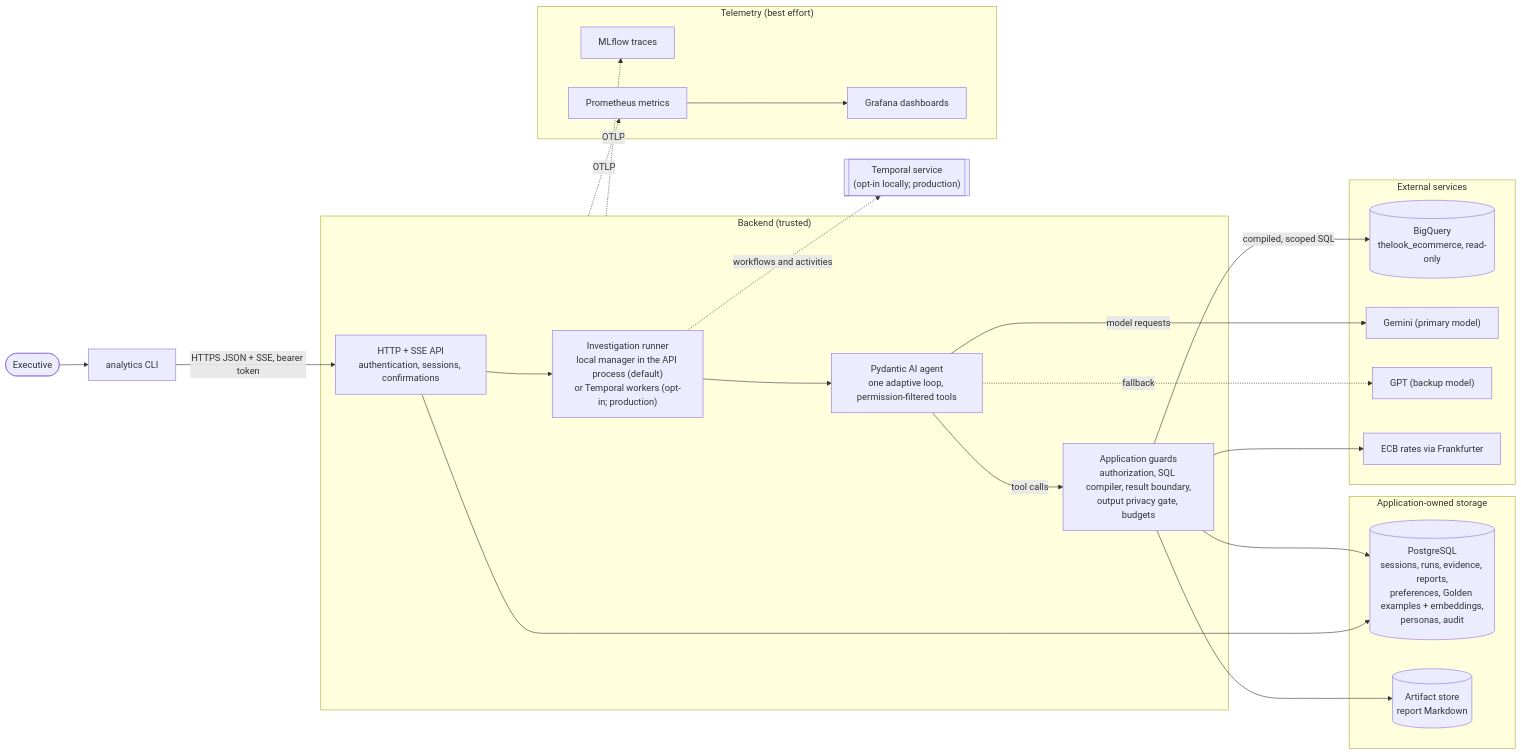
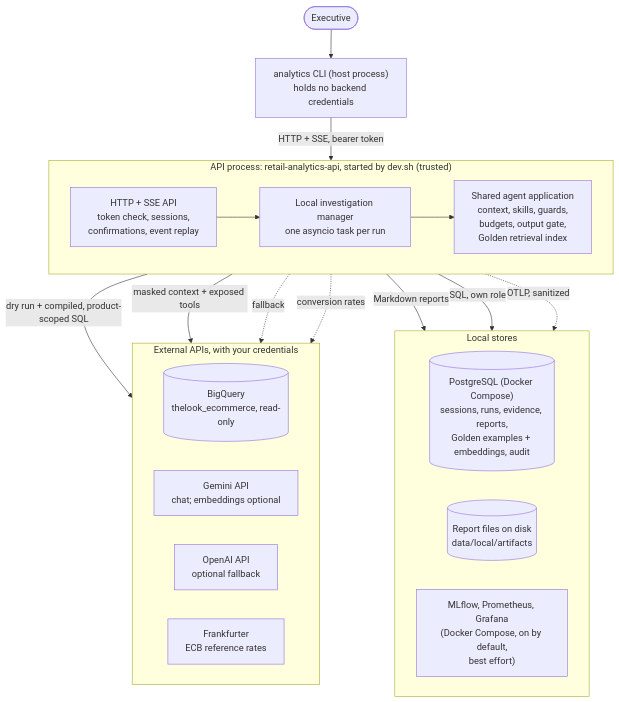
One commit to diego1q2w/retail-analytics-agent changed the first of 2 diagrams in docs/architecture/README.md. Above: the diagram before and after it, drawn with Mermaid. The commit also changed other lines of this file and 25 other files, not shown here.

Commit message:
T40-F1: reconcile setup and local and production architecture

````diff
--- a/docs/architecture/README.md
+++ b/docs/architecture/README.md
@@ -30,49 +36,34 @@
 ```mermaid
-flowchart LR
-    exec(["Executive"])
-    cli["analytics CLI"]
+flowchart TB
+    exec(["Executive"]) --> cli["analytics CLI (host process)<br/>holds no backend credentials"]
 
-    subgraph backend["Backend (trusted)"]
-        api["HTTP + SSE API<br/>authentication, sessions, confirmations"]
-        runner["Investigation runner<br/>local manager in the API process (default)<br/>or Temporal workers (opt-in; production)"]
-        agent["Pydantic AI agent<br/>one adaptive loop, permission-filtered tools"]
-        guards["Application guards<br/>authorization, SQL compiler, result boundary,<br/>output privacy gate, budgets"]
+    subgraph apiproc["API process: retail-analytics-api, started by dev.sh (trusted)"]
+        direction LR
+        api["HTTP + SSE API<br/>token check, sessions,<br/>confirmations, event replay"] --> mgr["Local investigation manager<br/>one asyncio task per run"] --> agent["Shared agent application<br/>context, skills, guards,<br/>budgets, output gate,<br/>Golden retrieval index"]
     end
 
-    subgraph stores["Application-owned storage"]
-        pg[("PostgreSQL<br/>sessions, runs, evidence, reports,<br/>preferences, Golden examples + embeddings,<br/>personas, audit")]
-        art[("Artifact store<br/>report Markdown")]
+    cli -- "HTTP + SSE, bearer token" --> api
+
+    subgraph stores["Local stores"]
+        direction LR
+        pg[("PostgreSQL (Docker Compose)<br/>sessions, runs, evidence, reports,<br/>Golden examples + embeddings, audit")]
+        art[("Report files on disk<br/>data/local/artifacts")]
+        tel["MLflow, Prometheus, Grafana<br/>(Docker Compose, on by default,<br/>best effort)"]
     end
 
-    temporal[["Temporal service<br/>(opt-in locally; production)"]]
-
-    subgraph external["External services"]
+    subgraph ext["External APIs, with your credentials"]
+        direction LR
         bq[("BigQuery<br/>thelook_ecommerce, read-only")]
-        gemini["Gemini (primary model)"]
-        gpt["GPT (backup model)"]
-        fx["ECB rates via Frankfurter"]
+        gem["Gemini API<br/>chat; embeddings optional"]
+        oai["OpenAI API<br/>optional fallback"]
+        fx["Frankfurter<br/>ECB reference rates"]
     end
 
-    subgraph telemetry["Telemetry (best effort)"]
-        mlflow["MLflow traces"]
-        prom["Prometheus metrics"]
-        grafana["Grafana dashboards"]
-    end
-
-    exec --> cli
-    cli -- "HTTPS JSON + SSE, bearer token" --> api
-    api --> runner
-    runner -. "workflows and activities" .-> temporal
-    runner --> agent
-    agent -- "tool calls" --> guards
-    agent -- "model requests" --> gemini
-    agent -. "fallback" .-> gpt
-    guards -- "compiled, scoped SQL" --> bq
-    guards --> fx
-    api --> pg
-    guards --> pg
-    guards --> art
-    backend -. "OTLP" .-> mlflow
-    backend -. "OTLP" .-> prom
-    prom --> grafana
+    apiproc -- "SQL, own role" --> pg
+    agent -- "Markdown reports" --> art
+    apiproc -. "OTLP, sanitized" .-> tel
+    agent -- "dry run + compiled, product-scoped SQL" --> bq
+    agent -- "masked context + exposed tools" --> gem
+    agent -. "fallback" .-> oai
+    agent -. "conversion rates" .-> fx
 ```
````
